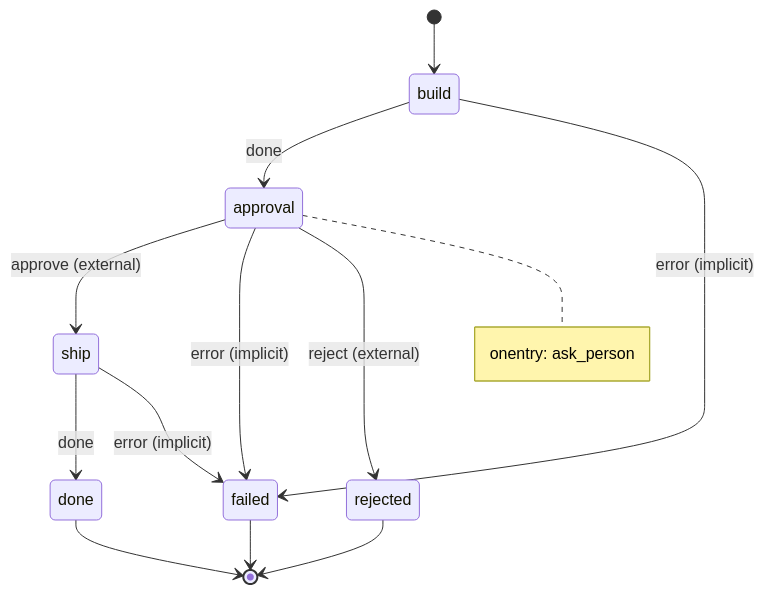
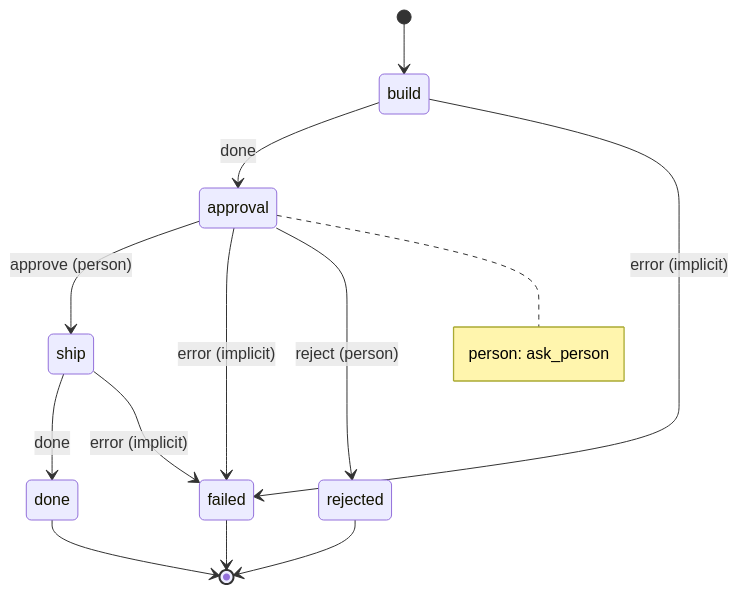
One commit to jtmckay/decree changed the diagram in mock/graph/deploy.md. Above: the diagram before and after it, drawn with Mermaid. The commit also changed other lines of this file and 299 other files, not shown here.

````diff
--- a/mock/graph/deploy.md
+++ b/mock/graph/deploy.md
@@ -5,17 +5,17 @@
 ```mermaid
 stateDiagram-v2
     [*] --> build
-    approval --> ship: approve (external)
+    approval --> ship: approve (person)
     approval --> failed: error (implicit)
-    approval --> rejected: reject (external)
+    approval --> rejected: reject (person)
     build --> approval: done
     build --> failed: error (implicit)
     ship --> done: done
     ship --> failed: error (implicit)
     done --> [*]
     failed --> [*]
     rejected --> [*]
     note right of approval
-        onentry: ask_person
+        person: ask_person
     end note
 ```
````
